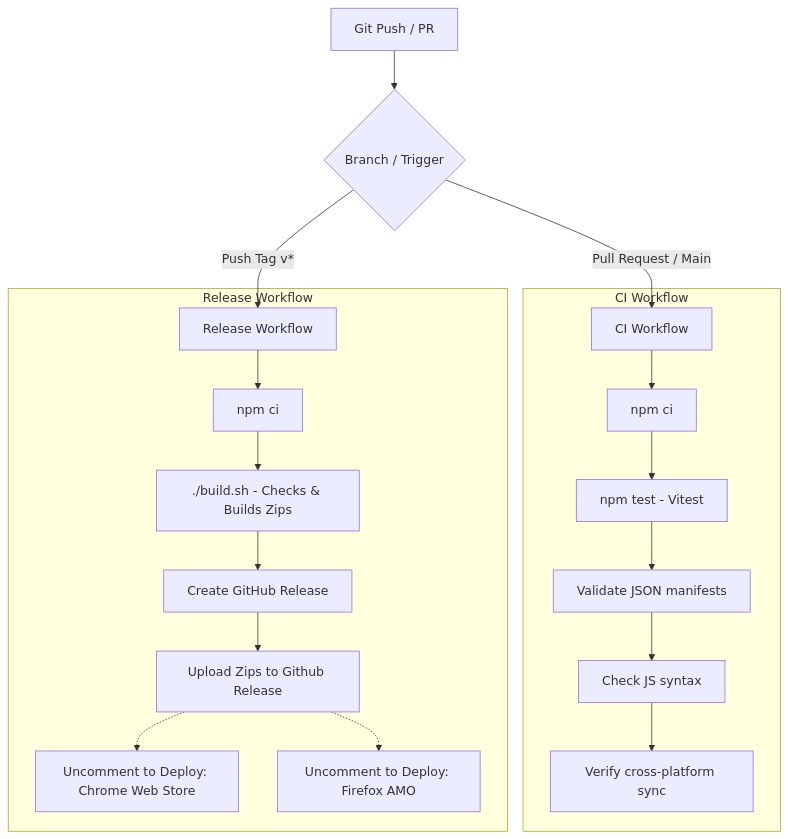
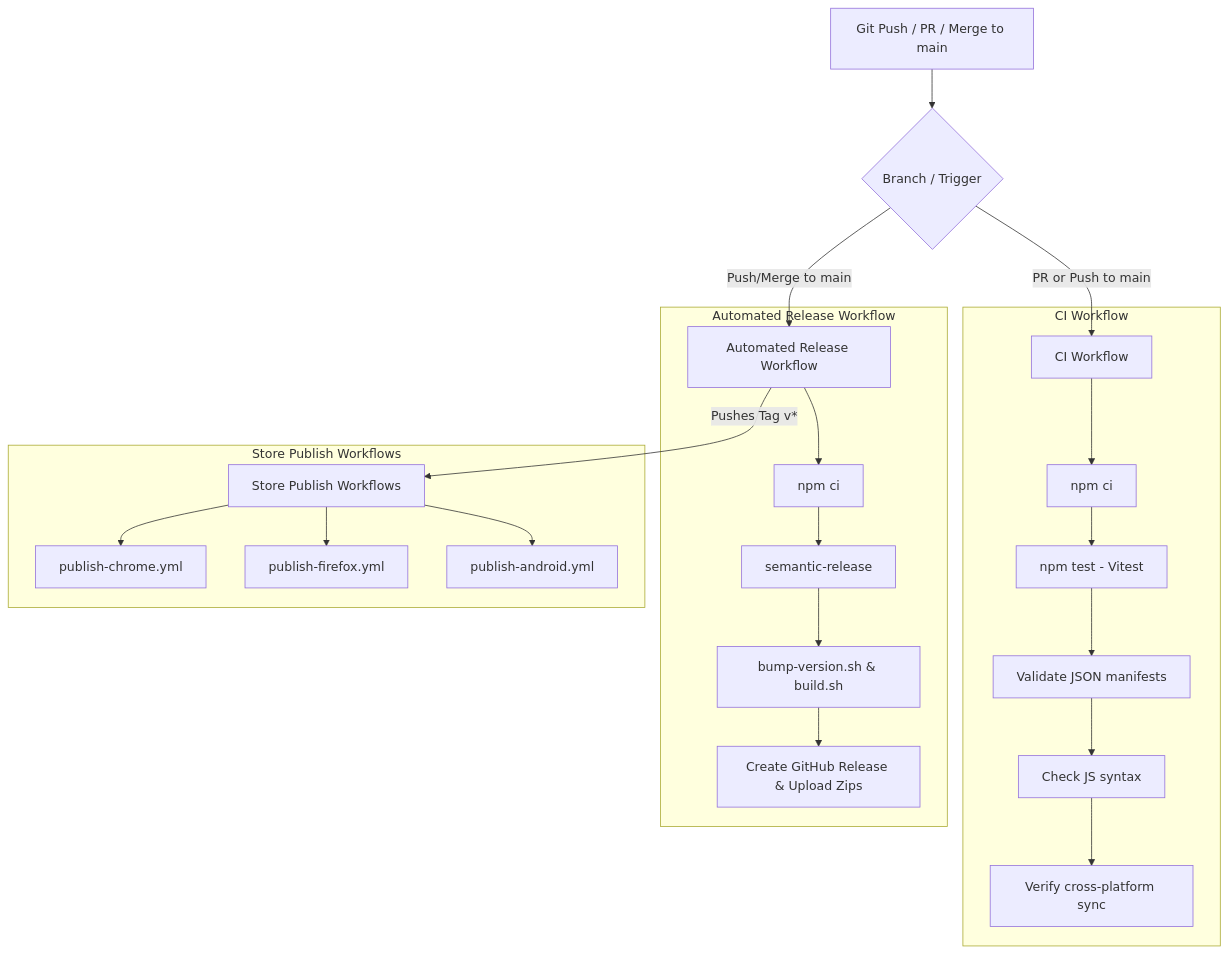
Before and after one commit to MaybeItsSoftware/intention: the diagram in DEVOPS.md, drawn with Mermaid. The commit also changed other lines of this file and 10 other files, not shown here.

Commit message:
feat(devops): implement automated SemVer release workflow

````diff
--- a/DEVOPS.md
+++ b/DEVOPS.md
@@ -141,23 +141,28 @@
 ```mermaid
 graph TD
-    A[Git Push / PR] --> B{Branch / Trigger}
-    B -- Pull Request / Main --> C[CI Workflow]
-    B -- Push Tag v* --> D[Release Workflow]
+    A[Git Push / PR / Merge to main] --> B{Branch / Trigger}
+    B -- PR or Push to main --> C[CI Workflow]
+    B -- Push/Merge to main --> D[Automated Release Workflow]
+    D -- Pushes Tag v* --> E[Store Publish Workflows]
     
     subgraph CI Workflow
         C --> C1[npm ci]
         C1 --> C2[npm test - Vitest]
         C2 --> C3[Validate JSON manifests]
         C3 --> C4[Check JS syntax]
         C4 --> C5[Verify cross-platform sync]
     end
     
-    subgraph Release Workflow
+    subgraph Automated Release Workflow
         D --> D1[npm ci]
-        D1 --> D2[./build.sh - Checks & Builds Zips]
-        D2 --> D3[Create GitHub Release]
-        D3 --> D4[Upload Zips to Github Release]
-        D4 -.-> D5[Uncomment to Deploy: Chrome Web Store]
-        D4 -.-> D6[Uncomment to Deploy: Firefox AMO]
+        D1 --> D2[semantic-release]
+        D2 --> D3[bump-version.sh & build.sh]
+        D3 --> D4[Create GitHub Release & Upload Zips]
+    end
+
+    subgraph Store Publish Workflows
+        E --> E1[publish-chrome.yml]
+        E --> E2[publish-firefox.yml]
+        E --> E3[publish-android.yml]
     end
 ```
````
